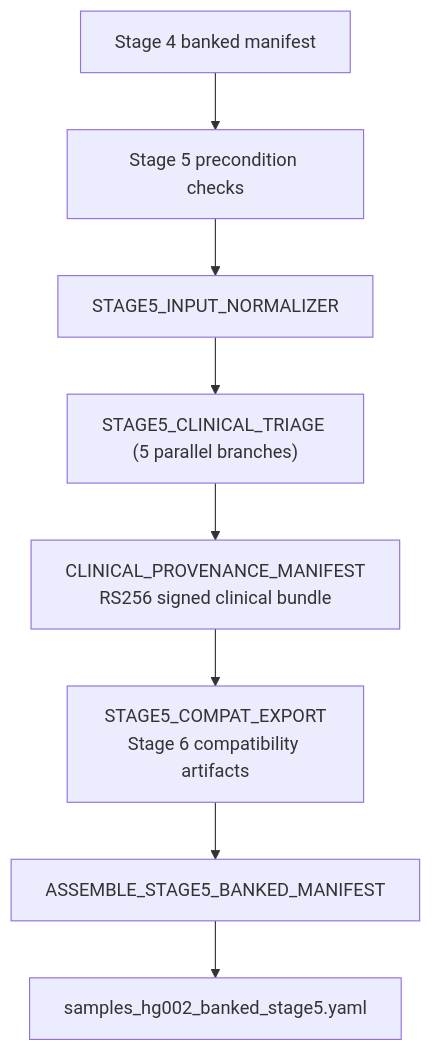
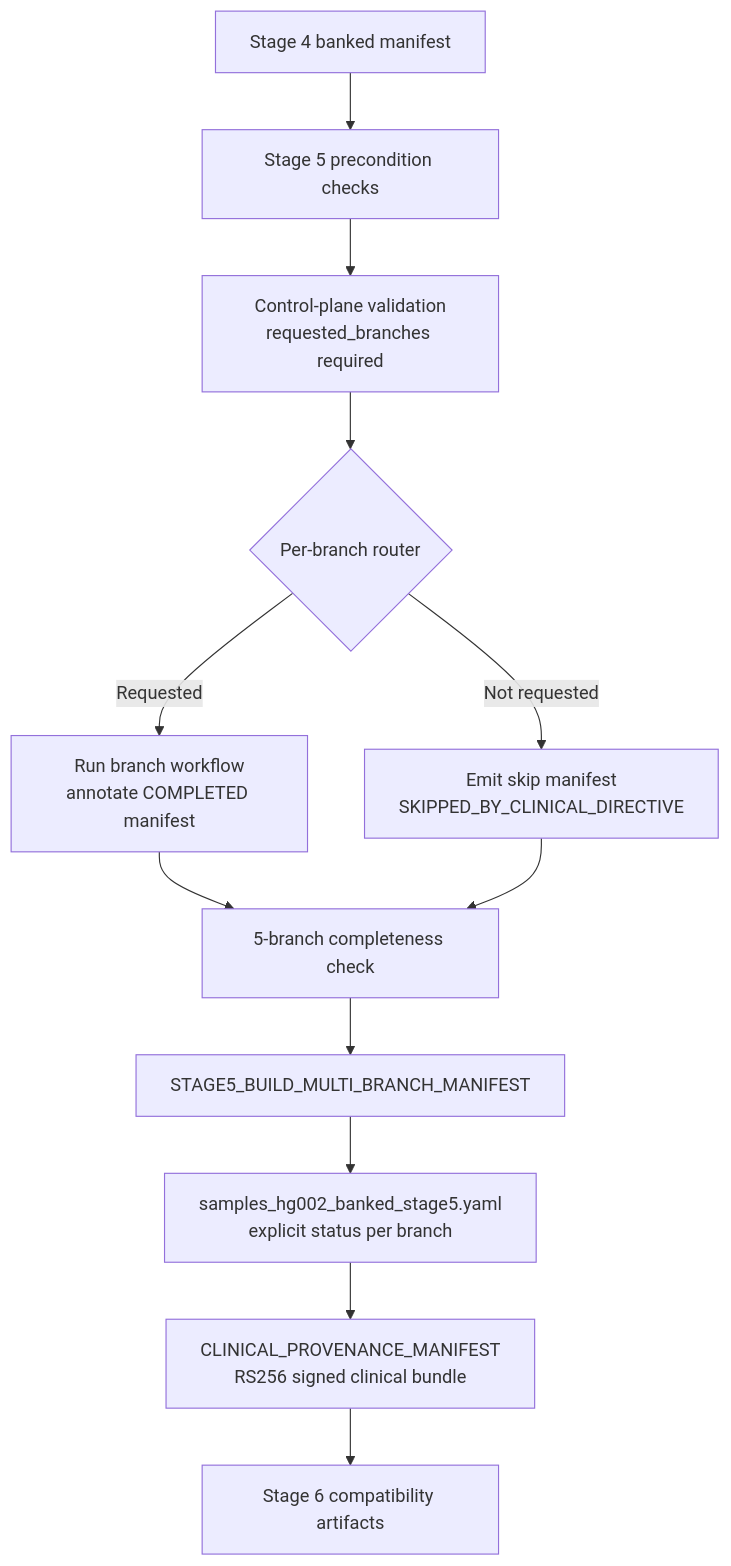
One commit to jmorganknight/nf_Gen_Var_Pipe changed the diagram in Stage_5_Clinical_Annotation_PGx_Triage/README.md. Above: the diagram before and after it, drawn with Mermaid. The commit also changed other lines of this file and 4 other files, not shown here.

First line of the commit message:
Update stage documentation for fail-closed Stage 5 control-plane routing

````diff
--- a/Stage_5_Clinical_Annotation_PGx_Triage/README.md
+++ b/Stage_5_Clinical_Annotation_PGx_Triage/README.md
@@ -82,10 +93,14 @@
 ```mermaid
 flowchart TD
     A["Stage 4 banked manifest"] --> B["Stage 5 precondition checks"]
-    B --> C["STAGE5_INPUT_NORMALIZER"]
-    C --> D["STAGE5_CLINICAL_TRIAGE (5 parallel branches)"]
-    D --> E["CLINICAL_PROVENANCE_MANIFEST\nRS256 signed clinical bundle"]
-    E --> F["STAGE5_COMPAT_EXPORT\nStage 6 compatibility artifacts"]
-    F --> G["ASSEMBLE_STAGE5_BANKED_MANIFEST"]
-    G --> H["samples_hg002_banked_stage5.yaml"]
+  B --> C["Control-plane validation\nrequested_branches required"]
+  C --> D{"Per-branch router"}
+  D -->|Requested| E["Run branch workflow\nannotate COMPLETED manifest"]
+  D -->|Not requested| F["Emit skip manifest\nSKIPPED_BY_CLINICAL_DIRECTIVE"]
+  E --> G["5-branch completeness check"]
+  F --> G
+  G --> H["STAGE5_BUILD_MULTI_BRANCH_MANIFEST"]
+  H --> I["samples_hg002_banked_stage5.yaml\nexplicit status per branch"]
+  I --> J["CLINICAL_PROVENANCE_MANIFEST\nRS256 signed clinical bundle"]
+  J --> K["Stage 6 compatibility artifacts"]
 ```
````
